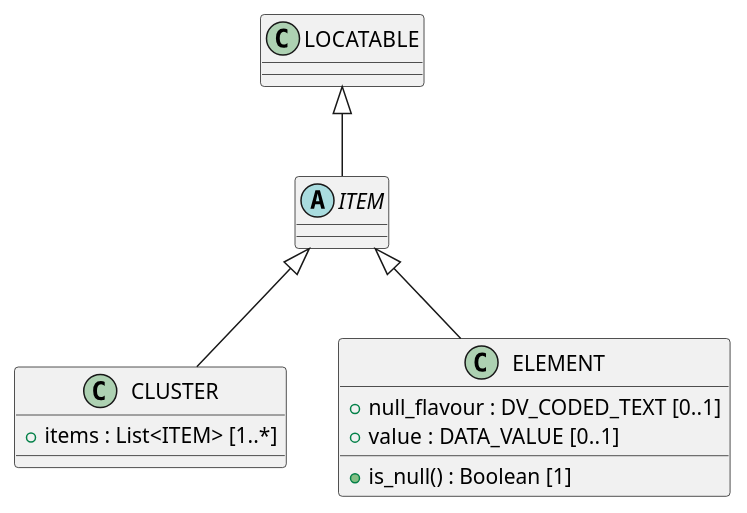
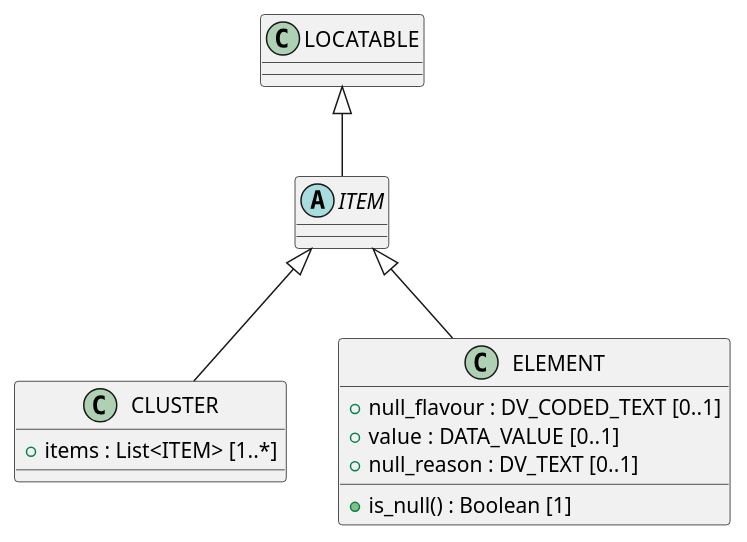
Before and after one commit to sebastian-iancu/code-generator: the diagram in code/Adoc/openehr_rm_1.2.0/plantUML/packages/org.openehr.rm.data_structures.representation.adoc, drawn with PlantUML. The commit also changed 719 other files, not shown here.

```diff
--- a/code/Adoc/openehr_rm_1.2.0/plantUML/packages/org.openehr.rm.data_structures.representation.adoc
+++ b/code/Adoc/openehr_rm_1.2.0/plantUML/packages/org.openehr.rm.data_structures.representation.adoc
@@ -1,23 +1,24 @@
 [plantuml,representation,format=svg,svg-type="inline"]
 -----
 @startuml
 
 abstract class ITEM {
 }
 
 class CLUSTER {
   + items : List<ITEM> [1..*]
 }
 
 class ELEMENT {
   + null_flavour : DV_CODED_TEXT [0..1]
   + value : DATA_VALUE [0..1]
+  + null_reason : DV_TEXT [0..1]
   + is_null() : Boolean [1]
 }
 
 LOCATABLE <|-- ITEM
 ITEM <|-- CLUSTER
 ITEM <|-- ELEMENT
 
 @enduml
 -----
```
